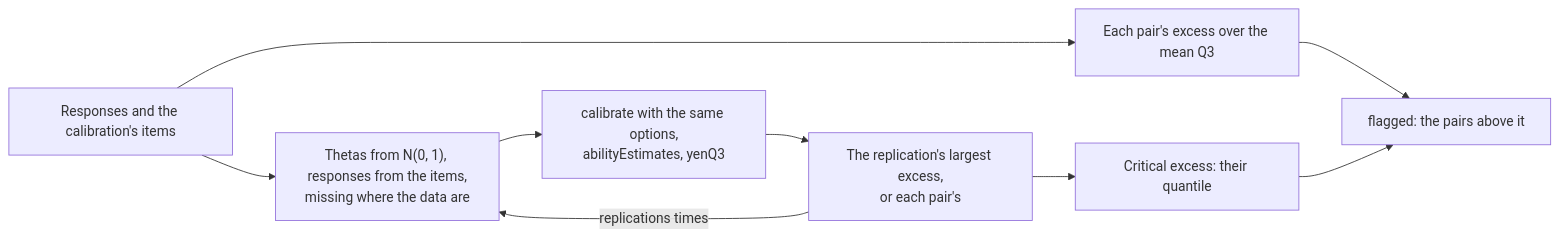
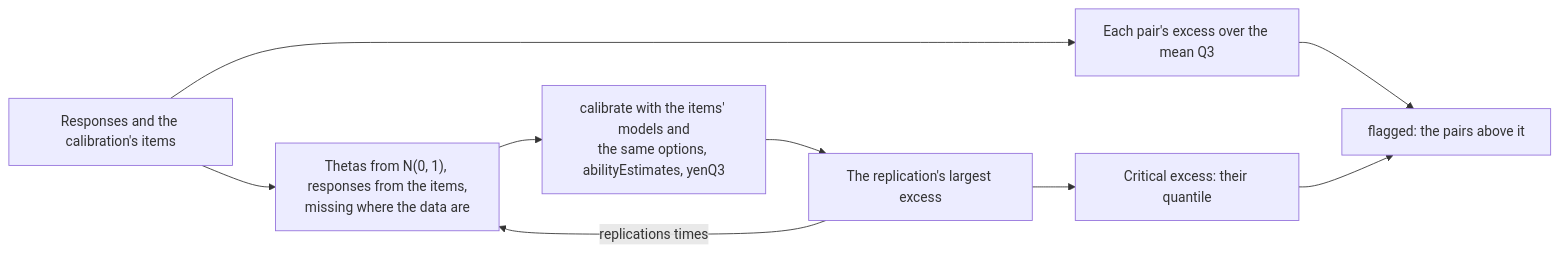
The third of 6 diagrams in docs/psychometrics/fit.md (measurekit/measurekit), drawn with Mermaid before and after one commit. The commit also changed other lines of this file and 6 other files, not shown here.

````diff
--- a/docs/psychometrics/fit.md
+++ b/docs/psychometrics/fit.md
@@ -271,11 +271,11 @@
 ```mermaid
 flowchart LR
   D["Responses and the calibration's items"] --> E["Each pair's excess over the mean Q3"]
   D --> S["Thetas from N(0, 1), responses from the items,<br/>missing where the data are"]
-  S --> C["calibrate with the same options,<br/>abilityEstimates, yenQ3"]
-  C --> X["The replication's largest excess,<br/>or each pair's"]
+  S --> C["calibrate with the items' models and<br/>the same options, abilityEstimates, yenQ3"]
+  C --> X["The replication's largest excess"]
   X -->|"replications times"| S
   X --> Q["Critical excess: their quantile"]
   E --> F["flagged: the pairs above it"]
   Q --> F
 ```
````
